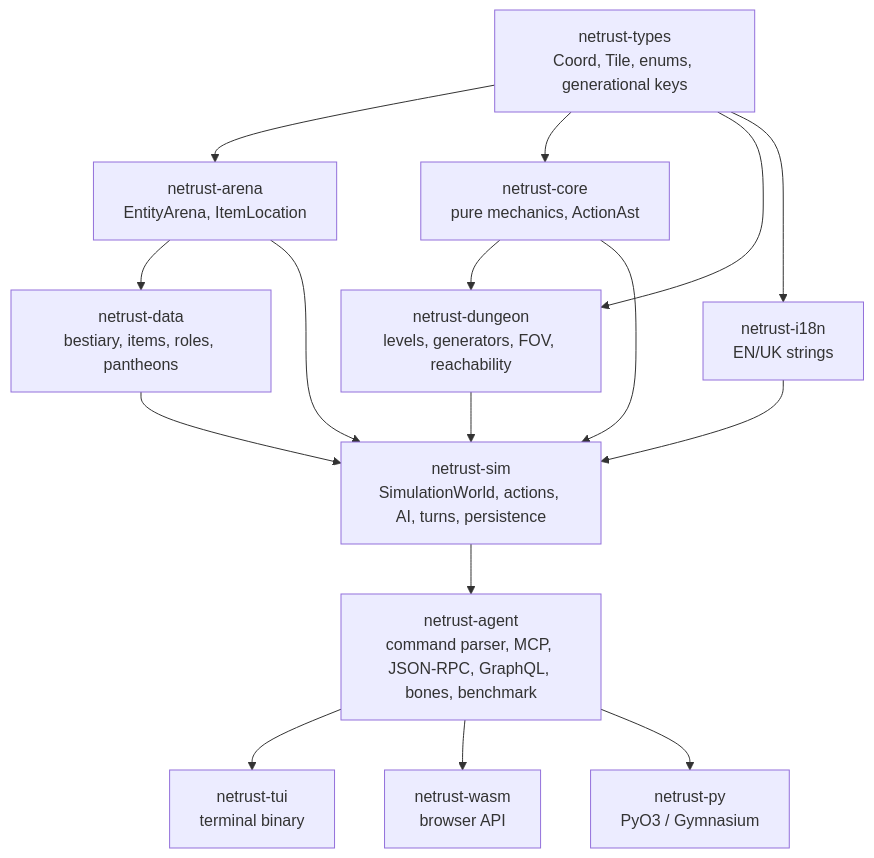
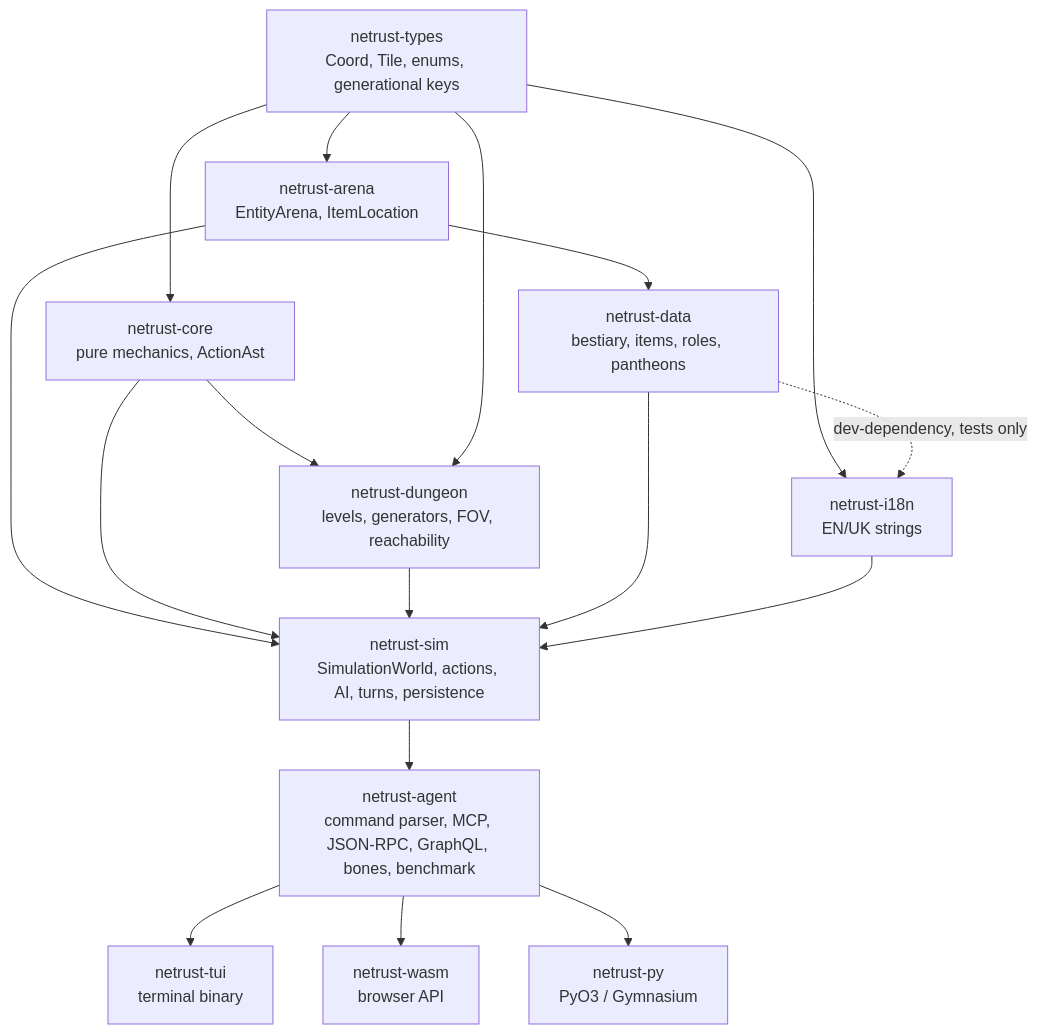
Before and after one commit to dmytro-yemelianov/NetHackED: the first of 2 diagrams in docs/architecture.md, drawn with Mermaid. The commit also changed other lines of this file, not shown here.

First line of the commit message:
docs: revise architecture article per fact-check review

````diff
--- a/docs/architecture.md
+++ b/docs/architecture.md
@@ -45,30 +45,31 @@
 ```mermaid
 graph TD
     types[netrust-types<br/>Coord, Tile, enums, generational keys]
     arena[netrust-arena<br/>EntityArena, ItemLocation]
     core[netrust-core<br/>pure mechanics, ActionAst]
     dungeon[netrust-dungeon<br/>levels, generators, FOV, reachability]
     data[netrust-data<br/>bestiary, items, roles, pantheons]
     i18n[netrust-i18n<br/>EN/UK strings]
     sim[netrust-sim<br/>SimulationWorld, actions, AI, turns, persistence]
     agent[netrust-agent<br/>command parser, MCP, JSON-RPC, GraphQL, bones, benchmark]
     tui[netrust-tui<br/>terminal binary]
     wasm[netrust-wasm<br/>browser API]
     py[netrust-py<br/>PyO3 / Gymnasium]
 
     types --> arena
     types --> core
     core --> dungeon
     types --> dungeon
     arena --> data
     types --> i18n
+    data -.->|dev-dependency, tests only| i18n
     arena --> sim
     core --> sim
     dungeon --> sim
     data --> sim
     i18n --> sim
     sim --> agent
     agent --> tui
     agent --> wasm
     agent --> py
 ```
````
